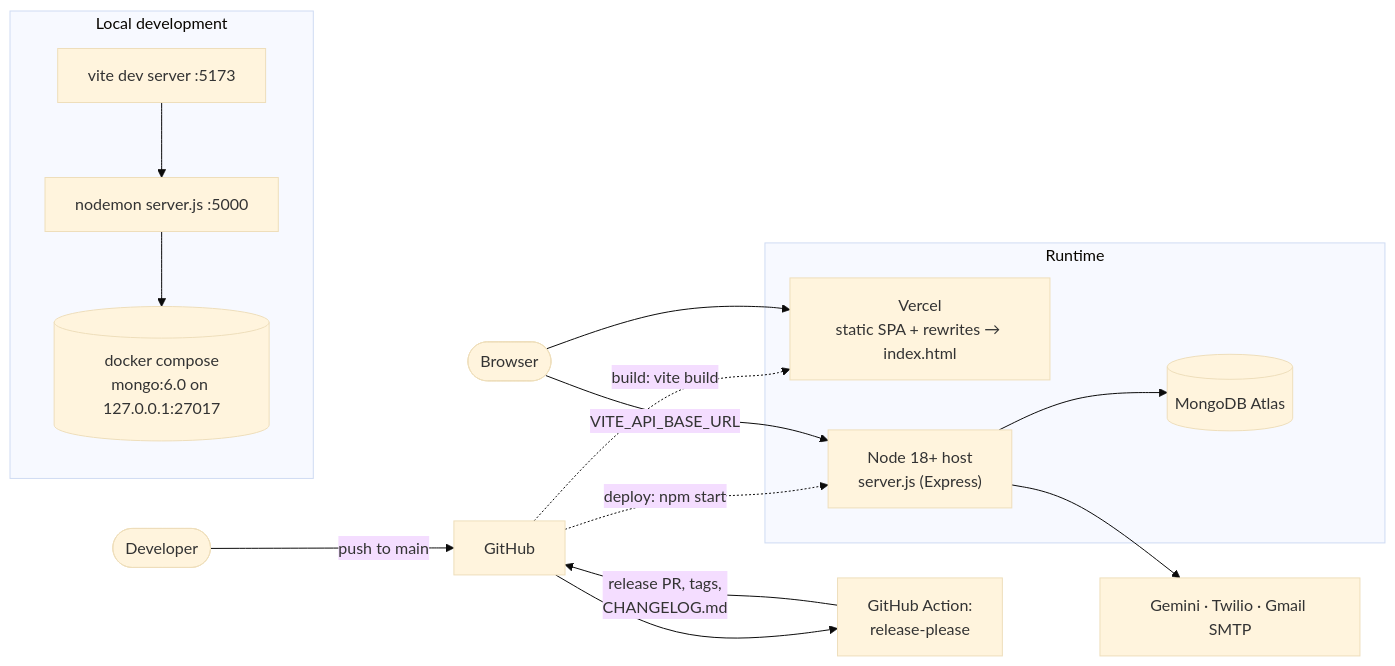
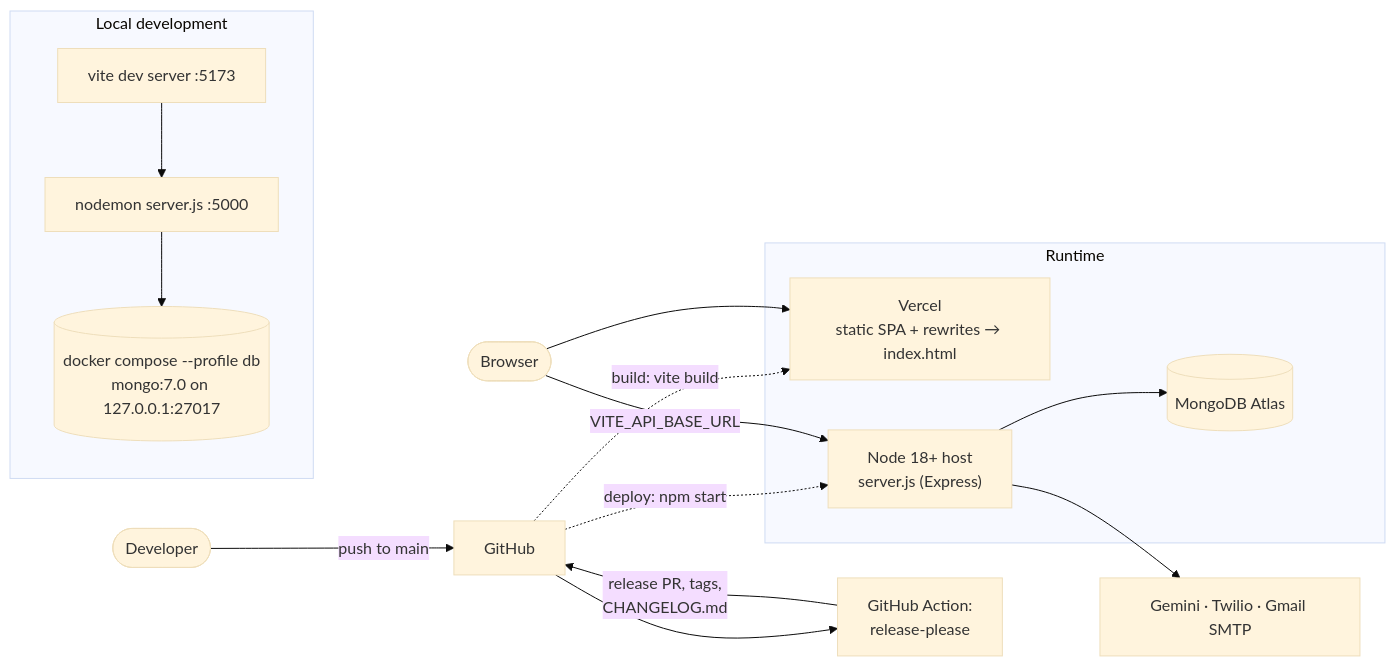
Before and after one commit to USER1043/MediStock_AI: the diagram in docs/setup-and-deployment.md, drawn with Mermaid (base theme). The commit also changed other lines of this file and 8 other files, not shown here.

First line of the commit message:
feat(docker): build and run the web app, API and an optional MongoDB

````diff
--- a/docs/setup-and-deployment.md
+++ b/docs/setup-and-deployment.md
@@ -9,24 +9,24 @@
 ```mermaid
 flowchart LR
     dev(["Developer"]) -- "push to main" --> gh["GitHub"]
     gh --> rp["GitHub Action:<br/>release-please"]
     rp -- "release PR, tags,<br/>CHANGELOG.md" --> gh
 
     subgraph prod["Runtime"]
         vercel["Vercel<br/>static SPA + rewrites → index.html"]
         node["Node 18+ host<br/>server.js (Express)"]
         atlas[("MongoDB Atlas")]
         node --> atlas
     end
 
     gh -. "build: vite build" .-> vercel
     gh -. "deploy: npm start" .-> node
     browser(["Browser"]) --> vercel
     browser -- "VITE_API_BASE_URL" --> node
     node --> ext["Gemini · Twilio · Gmail SMTP"]
 
     subgraph local["Local development"]
         vite["vite dev server :5173"] --> api["nodemon server.js :5000"]
-        api --> mongo[("docker compose<br/>mongo:6.0 on 127.0.0.1:27017")]
+        api --> mongo[("docker compose --profile db<br/>mongo:7.0 on 127.0.0.1:27017")]
     end
 ```
````
